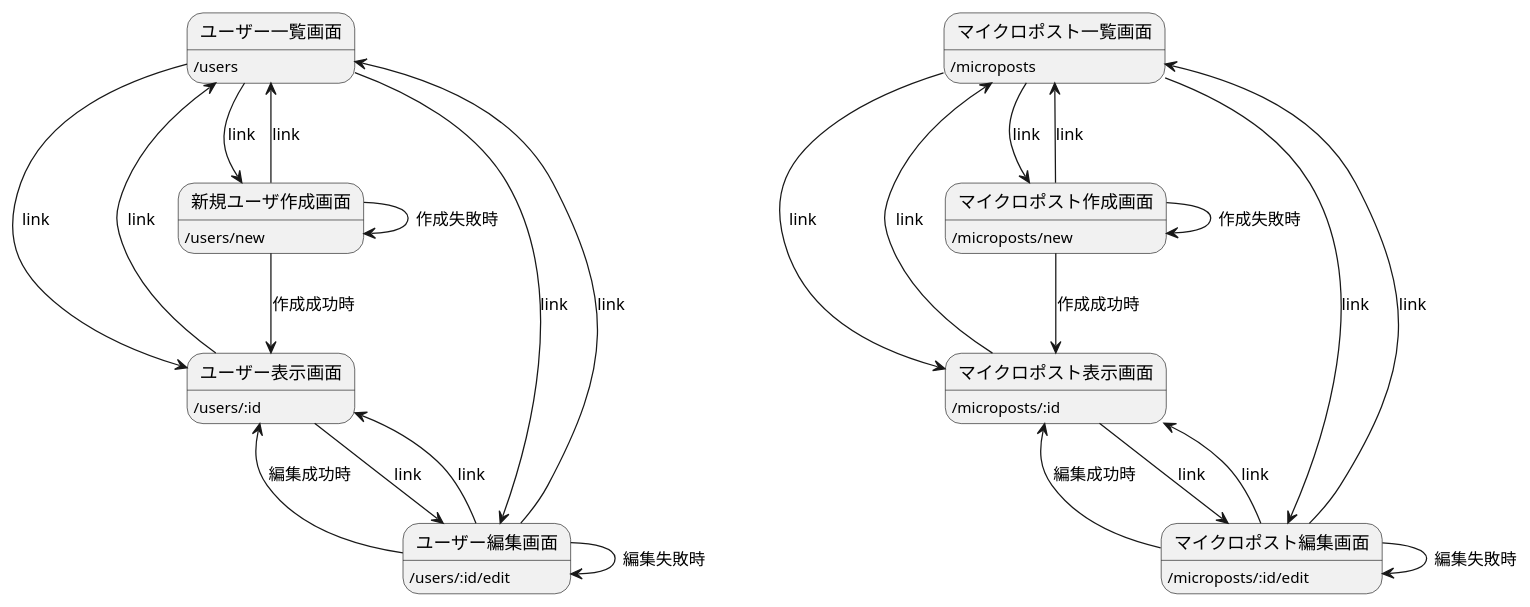
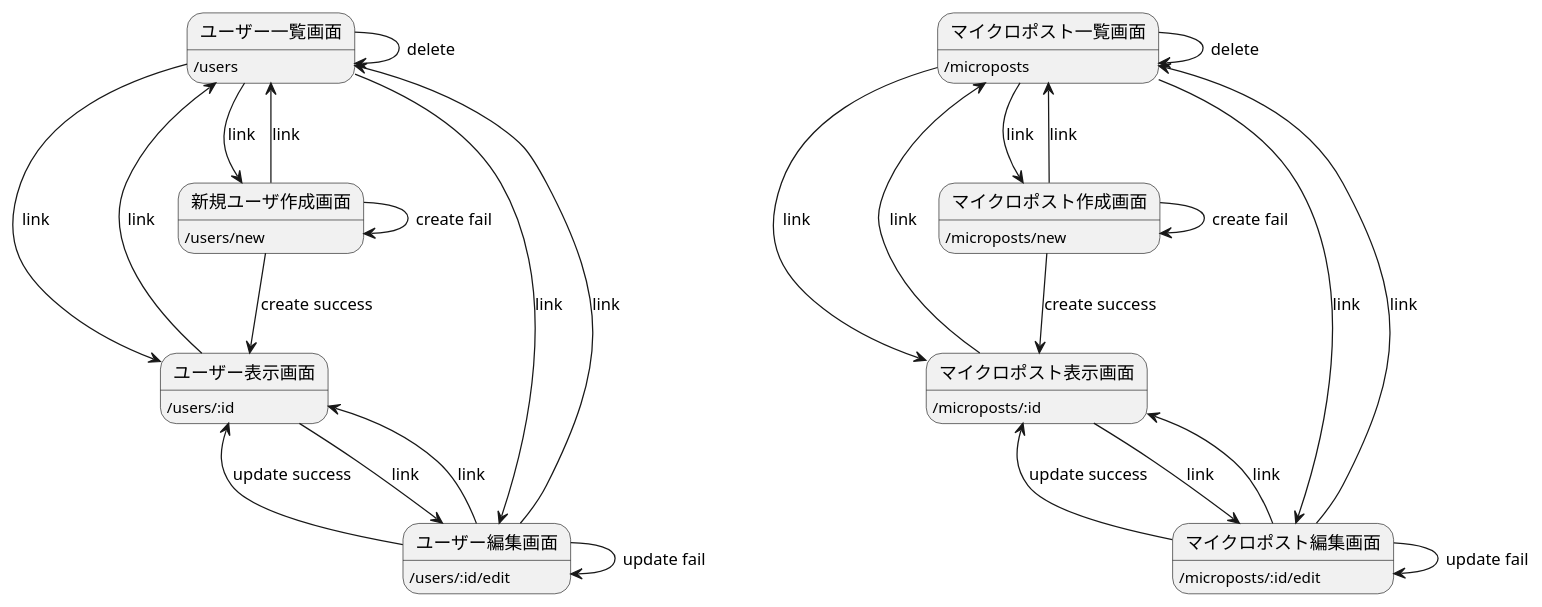
One commit to su3aki/KKmemoApp changed the diagram in docs/ToyApp設計書/基本設計書(ページの種類と概要と遷移).md. Above: the diagram before and after it, drawn with PlantUML.

Commit message:
基本設計書(ページの種類と概要と遷移)修正

````diff
--- a/docs/ToyApp設計書/基本設計書(ページの種類と概要と遷移).md
+++ b/docs/ToyApp設計書/基本設計書(ページの種類と概要と遷移).md
@@ -18,36 +18,46 @@
  ```plantuml
 ユーザー一覧画面: /users
 ユーザー表示画面: /users/:id
 新規ユーザ作成画面: /users/new
 ユーザー編集画面: /users/:id/edit
 マイクロポスト一覧画面: /microposts 
 マイクロポスト表示画面: /microposts/:id
 マイクロポスト作成画面: /microposts/new 
 マイクロポスト編集画面: /microposts/:id/edit
+
 ユーザー一覧画面 --> ユーザー表示画面 :link
 ユーザー一覧画面 --> ユーザー編集画面 :link
 ユーザー一覧画面 --> 新規ユーザ作成画面 :link
+ユーザー一覧画面 --> ユーザー一覧画面 :delete
+
 ユーザー編集画面 --> ユーザー一覧画面 :link
 ユーザー編集画面 --> ユーザー表示画面 :link
-ユーザー編集画面 --> ユーザー表示画面 :編集成功時
-ユーザー編集画面 --> ユーザー編集画面 :編集失敗時
+ユーザー編集画面 --> ユーザー表示画面 :update success
+ユーザー編集画面 --> ユーザー編集画面 :update fail
+
 新規ユーザ作成画面 --> ユーザー一覧画面 :link
-新規ユーザ作成画面 --> 新規ユーザ作成画面 :作成失敗時
-新規ユーザ作成画面 --> ユーザー表示画面 :作成成功時
+新規ユーザ作成画面 --> ユーザー表示画面 :create success
+新規ユーザ作成画面 --> 新規ユーザ作成画面 :create fail
+
 ユーザー表示画面 --> ユーザー一覧画面 :link
 ユーザー表示画面 --> ユーザー編集画面 :link
+
 
 
 マイクロポスト一覧画面 --> マイクロポスト表示画面 :link
 マイクロポスト一覧画面 --> マイクロポスト編集画面 :link
 マイクロポスト一覧画面 --> マイクロポスト作成画面 :link
+マイクロポスト一覧画面 --> マイクロポスト一覧画面 :delete
+
 マイクロポスト編集画面 --> マイクロポスト一覧画面 :link
 マイクロポスト編集画面 --> マイクロポスト表示画面 :link
-マイクロポスト編集画面 --> マイクロポスト表示画面 :編集成功時
-マイクロポスト編集画面 --> マイクロポスト編集画面 :編集失敗時
+マイクロポスト編集画面 --> マイクロポスト表示画面 :update success
+マイクロポスト編集画面 --> マイクロポスト編集画面 :update fail
+
 マイクロポスト作成画面 --> マイクロポスト一覧画面 :link
-マイクロポスト作成画面 --> マイクロポスト作成画面 :作成失敗時
-マイクロポスト作成画面 --> マイクロポスト表示画面 :作成成功時
+マイクロポスト作成画面 --> マイクロポスト作成画面 :create fail
+マイクロポスト作成画面 --> マイクロポスト表示画面 :create success
+
 マイクロポスト表示画面 --> マイクロポスト一覧画面 :link
 マイクロポスト表示画面 --> マイクロポスト編集画面 :link
  ```
````
